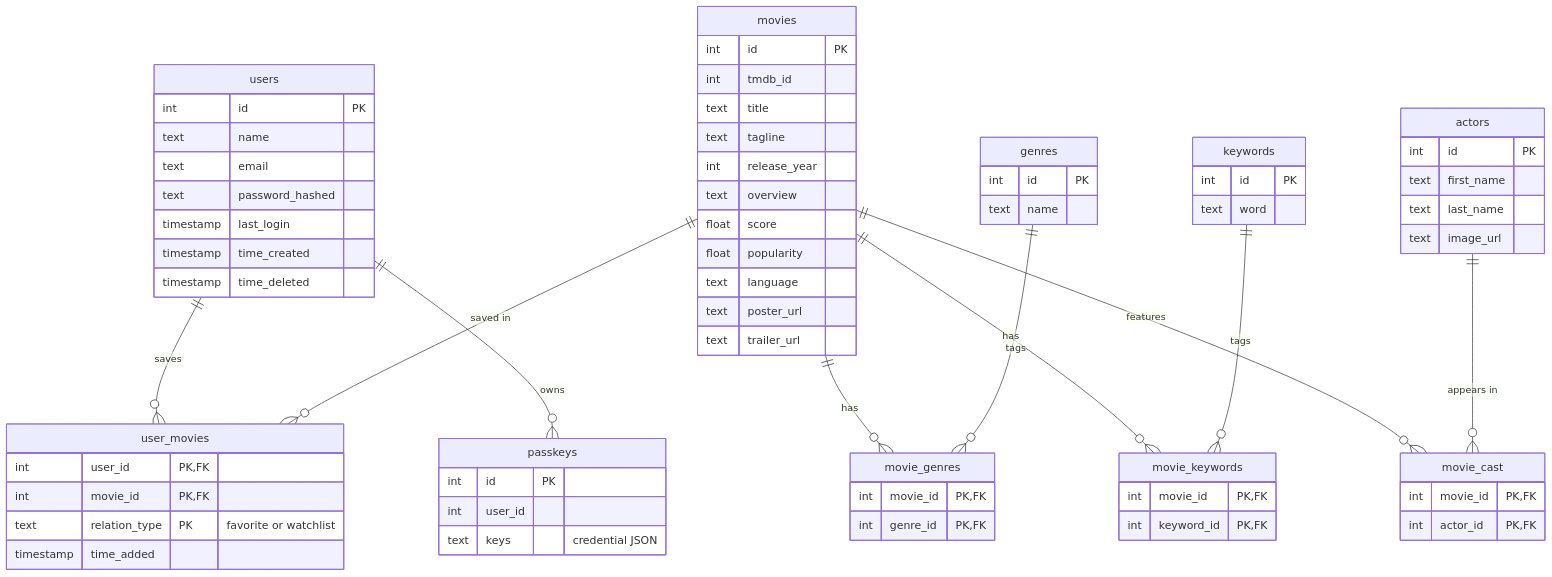
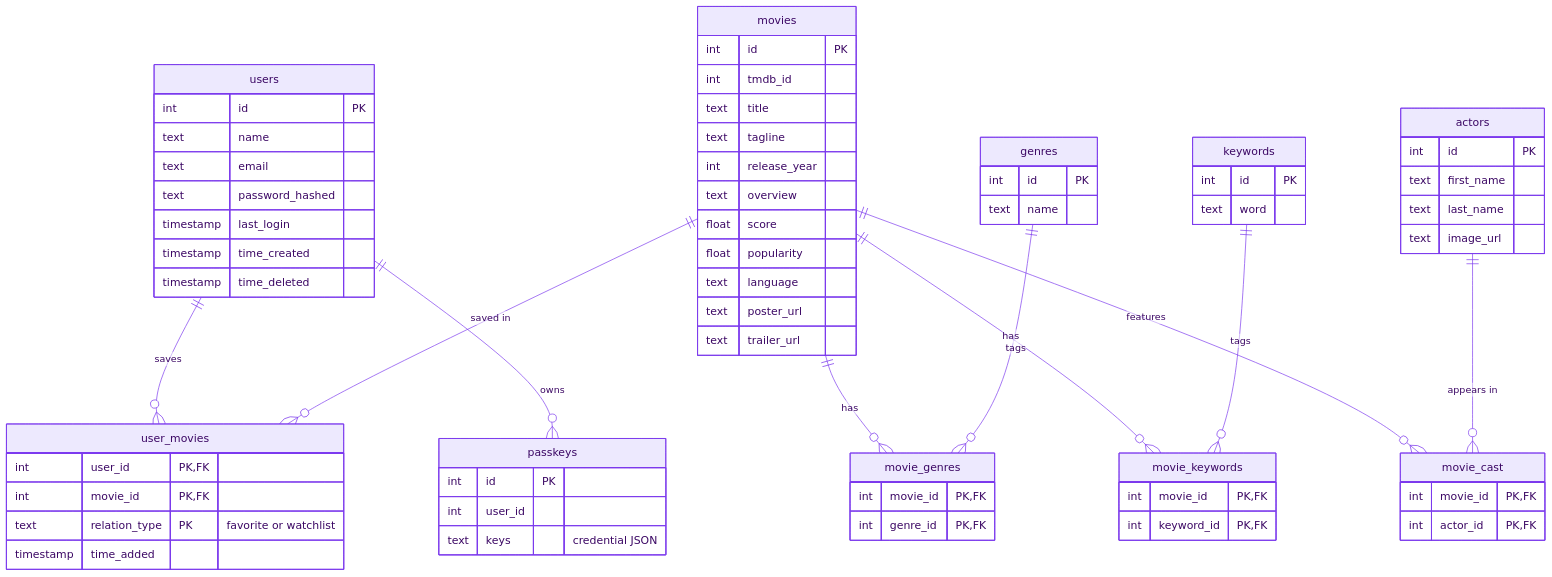
One commit to dhruv2223/reeling-it changed the fourth of 4 diagrams in README.md. Above: the diagram before and after it, drawn with Mermaid. The commit also changed other lines of this file, not shown here.

First line of the commit message:
Restyle README architecture diagrams with colour and icons

````diff
--- a/README.md
+++ b/README.md
@@ -187,72 +247,73 @@
 ```mermaid
+%%{init: {"theme": "base", "themeVariables": {"fontFamily": "Inter, Segoe UI, Helvetica, Arial, sans-serif", "primaryColor": "#ede9fe", "primaryBorderColor": "#7c3aed", "primaryTextColor": "#3b0764", "mainBkg": "#ede9fe", "nodeBorder": "#7c3aed", "attributeBackgroundColorOdd": "#ffffff", "attributeBackgroundColorEven": "#f5f3ff", "lineColor": "#7c3aed", "tertiaryColor": "#ffffff", "edgeLabelBackground": "#ffffff", "textColor": "#3b0764"}}}%%
 erDiagram
     users ||--o{ user_movies : saves
     movies ||--o{ user_movies : "saved in"
     users ||--o{ passkeys : owns
     movies ||--o{ movie_genres : has
     genres ||--o{ movie_genres : tags
     movies ||--o{ movie_keywords : has
     keywords ||--o{ movie_keywords : tags
     movies ||--o{ movie_cast : features
     actors ||--o{ movie_cast : "appears in"
 
     users {
         int id PK
         text name
         text email
         text password_hashed
         timestamp last_login
         timestamp time_created
         timestamp time_deleted
     }
     movies {
         int id PK
         int tmdb_id
         text title
         text tagline
         int release_year
         text overview
         float score
         float popularity
         text language
         text poster_url
         text trailer_url
     }
     genres {
         int id PK
         text name
     }
     keywords {
         int id PK
         text word
     }
     actors {
         int id PK
         text first_name
         text last_name
         text image_url
     }
     user_movies {
         int user_id PK, FK
         int movie_id PK, FK
         text relation_type PK "favorite or watchlist"
         timestamp time_added
     }
     movie_genres {
         int movie_id PK, FK
         int genre_id PK, FK
     }
     movie_keywords {
         int movie_id PK, FK
         int keyword_id PK, FK
     }
     movie_cast {
         int movie_id PK, FK
         int actor_id PK, FK
     }
     passkeys {
         int id PK
         int user_id
         text keys "credential JSON"
     }
 ```
````
